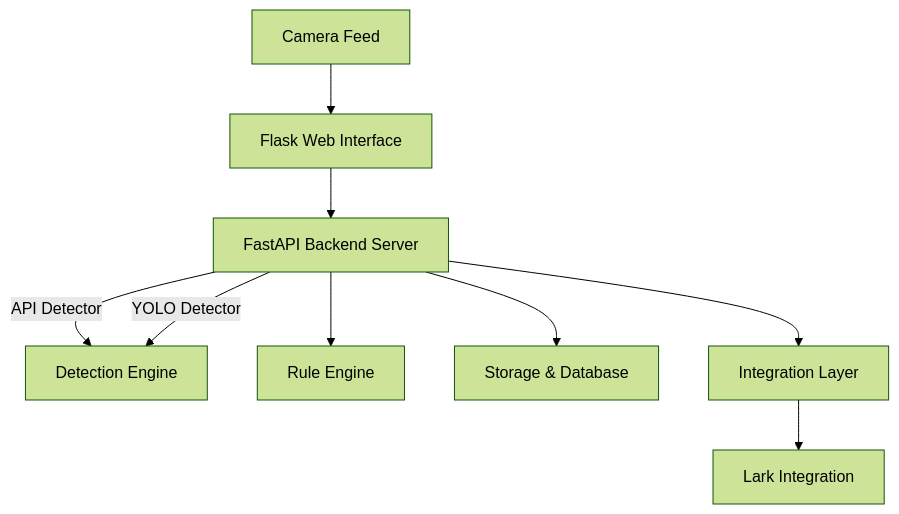
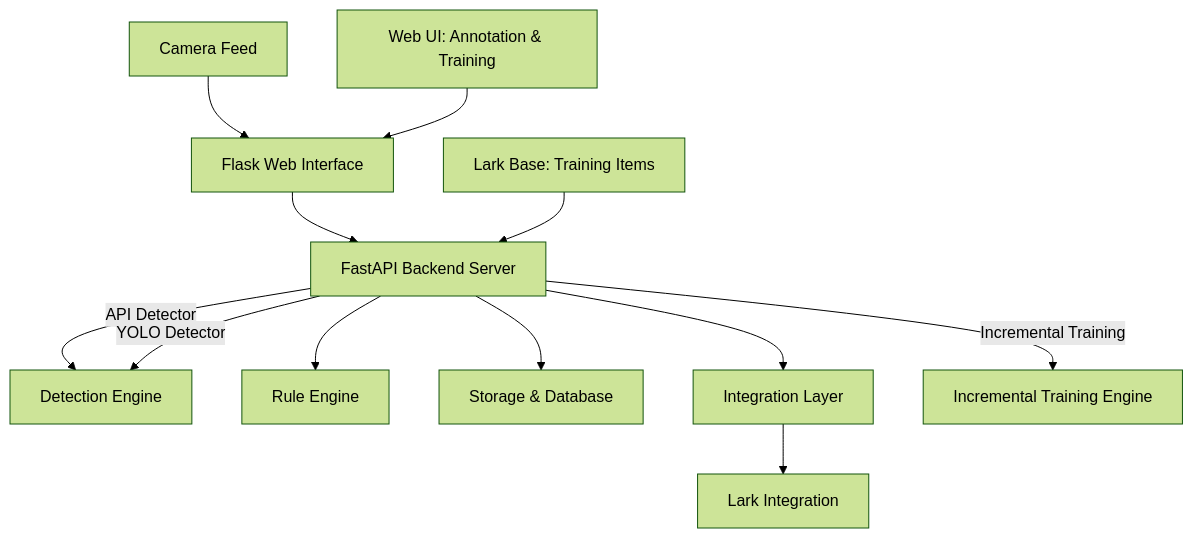
The diagram in README.md (tbsiAndrew/erp-food-qa), drawn with Mermaid (forest theme) before and after one commit. The commit also changed other lines of this file and 5 other files, not shown here.

Commit message:
NEW FEATURE FOR INCREMENTAL TRAINING OF YOLO MODEL BASED ON LARK BASE TAGGED AS FOR TRAINING RECORDS

````diff
--- a/README.md
+++ b/README.md
@@ -45,11 +64,14 @@
 ```mermaid
 flowchart TD
     Camera[Camera Feed] --> Flask[Flask Web Interface]
     Flask --> FastAPI[FastAPI Backend Server]
     FastAPI -->|API Detector| Detect[Detection Engine]
     FastAPI -->|YOLO Detector| Detect
     FastAPI --> Rule[Rule Engine]
     FastAPI --> Storage[Storage & Database]
     FastAPI --> Integration[Integration Layer]
     Integration --> Lark[Lark Integration]
+  WebUI[Web UI: Annotation & Training] --> Flask
+  LarkBase[Lark Base: Training Items] --> FastAPI
+  FastAPI -->|Incremental Training| IncrementalTrain[Incremental Training Engine]
 ```
````
